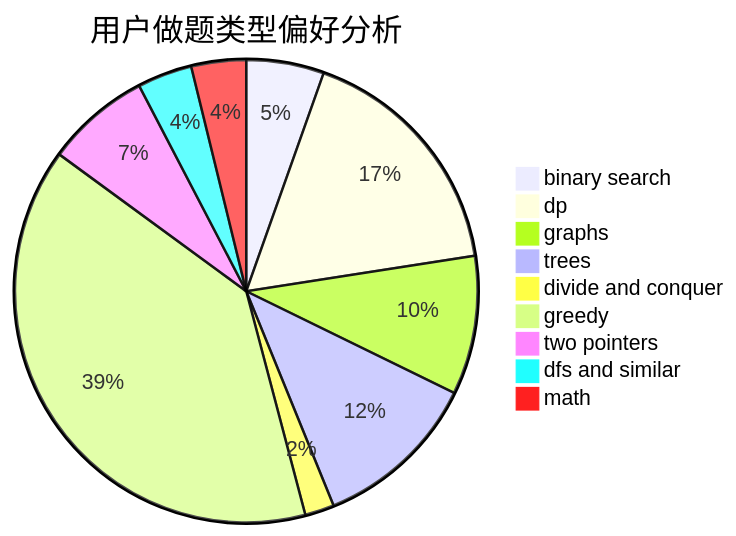
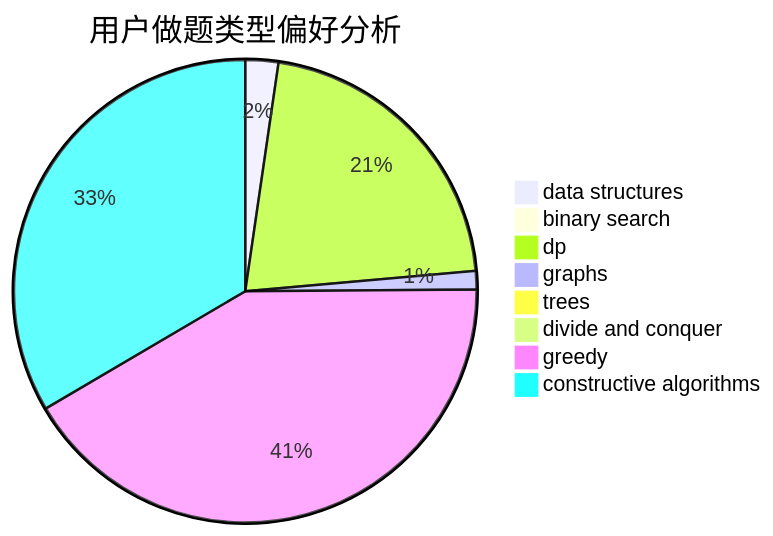
The second of 3 diagrams in docs/user/u1288.md (sherpahu/cfrs.github.io), drawn with Mermaid before and after one commit. The commit also changed other lines of this file and 2775 other files, not shown here.

````diff
--- a/docs/user/u1288.md
+++ b/docs/user/u1288.md
@@ -23,12 +23,11 @@
 ```mermaid
 pie title 用户做题类型偏好分析
-    "binary search" :  122
-    "dp" :  385
-    "graphs" :  218
-    "trees" :  261
-    "divide and conquer" :  46
-    "greedy" :  881
-    "two pointers" :  164
-    "dfs and similar" :  86
-    "math" :  86
+    "data structures" :  25
+    "binary search" :  11
+    "dp" :  231
+    "graphs" :  14
+    "trees" :  4
+    "divide and conquer" :  2
+    "greedy" :  452
+    "constructive algorithms" :  363
 ```
````
